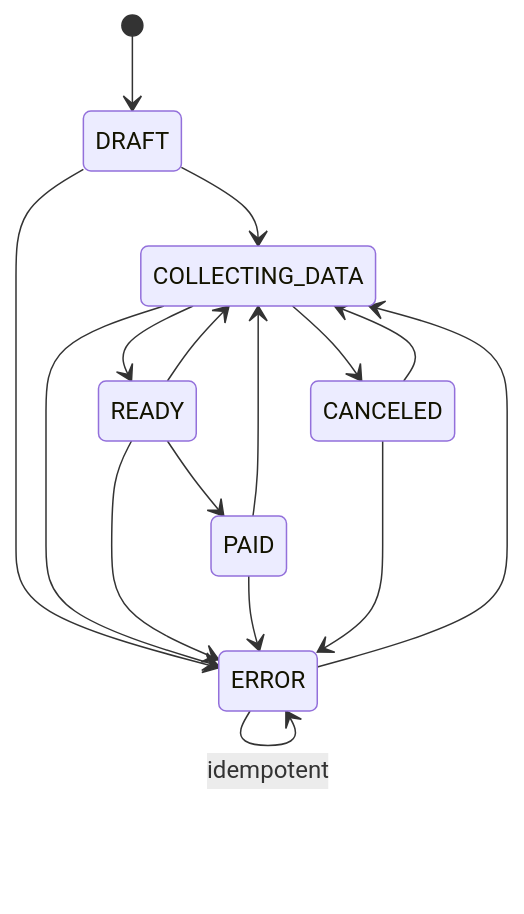
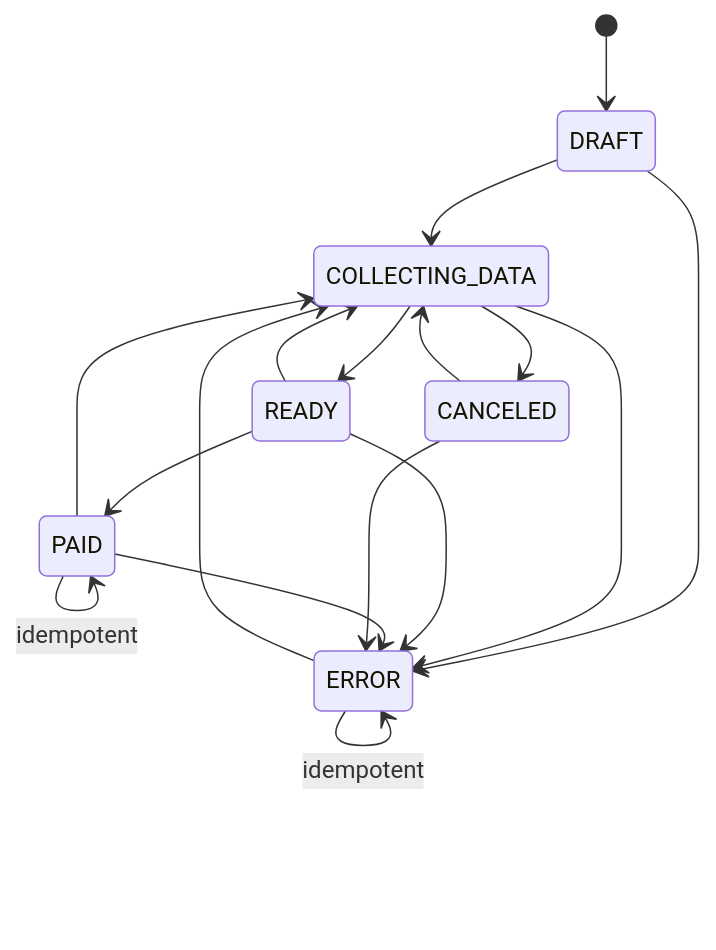
One commit to oblidog/oblidog-ledger changed the diagram in docs/obligation-lifecycle.md. Above: the diagram before and after it, drawn with Mermaid. The commit also changed other lines of this file and 7 other files, not shown here.

````diff
--- a/docs/obligation-lifecycle.md
+++ b/docs/obligation-lifecycle.md
@@ -20,18 +20,19 @@
 ```mermaid
 stateDiagram-v2
     [*] --> DRAFT
     DRAFT --> COLLECTING_DATA
     DRAFT --> ERROR
     COLLECTING_DATA --> READY
     COLLECTING_DATA --> CANCELED
     COLLECTING_DATA --> ERROR
     READY --> PAID
+    PAID --> PAID: idempotent
     READY --> COLLECTING_DATA
     READY --> ERROR
     PAID --> COLLECTING_DATA
     PAID --> ERROR
     CANCELED --> COLLECTING_DATA
     CANCELED --> ERROR
     ERROR --> ERROR: idempotent
     ERROR --> COLLECTING_DATA
 ```
````
